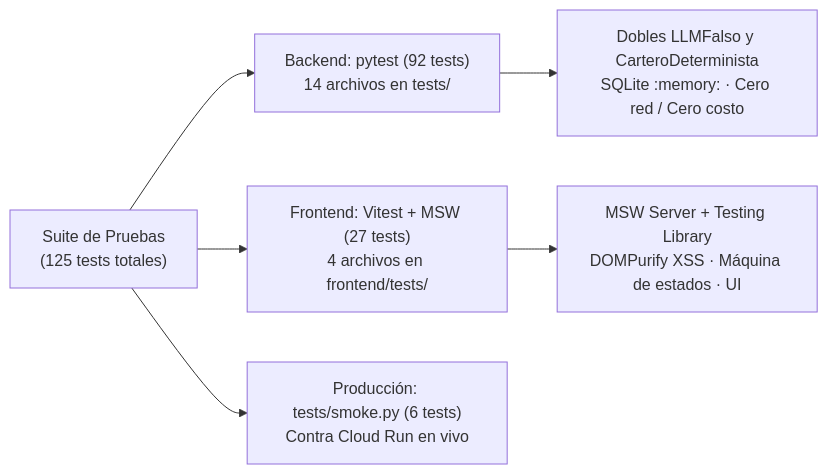
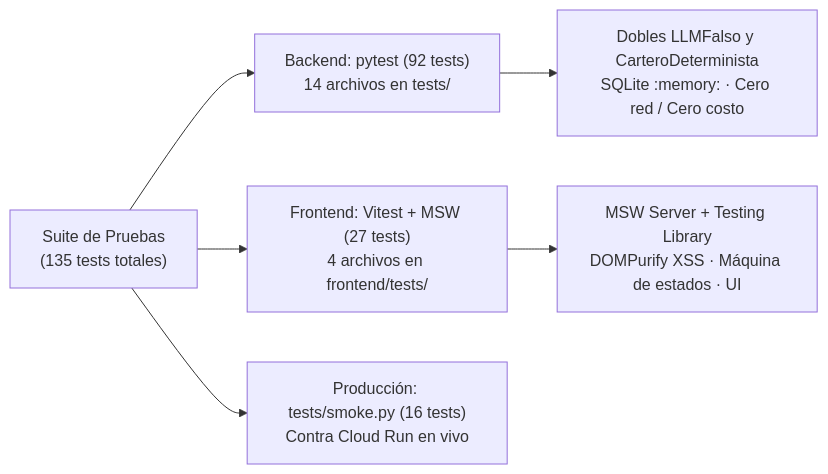
The fourth of 4 diagrams in docs/03-arquitectura.md (UNIPI6TO/PROY_GRADUACION_ASISTENTE_MEDICO_APP), drawn with Mermaid before and after one commit. The commit also changed other lines of this file and 4 other files, not shown here.

````diff
--- a/docs/03-arquitectura.md
+++ b/docs/03-arquitectura.md
@@ -221,8 +221,8 @@
 ```mermaid
 flowchart LR
-  PT["Suite de Pruebas<br/>(125 tests totales)"] --> BE_T["Backend: pytest (92 tests)<br/>14 archivos en tests/"]
+  PT["Suite de Pruebas<br/>(135 tests totales)"] --> BE_T["Backend: pytest (92 tests)<br/>14 archivos en tests/"]
   PT --> FE_T["Frontend: Vitest + MSW (27 tests)<br/>4 archivos en frontend/tests/"]
-  PT --> SM_T["Producción: tests/smoke.py (6 tests)<br/>Contra Cloud Run en vivo"]
+  PT --> SM_T["Producción: tests/smoke.py (16 tests)<br/>Contra Cloud Run en vivo"]
   BE_T --> M1["Dobles LLMFalso y CarteroDeterminista<br/>SQLite :memory: · Cero red / Cero costo"]
   FE_T --> M2["MSW Server + Testing Library<br/>DOMPurify XSS · Máquina de estados · UI"]
 ```
````
